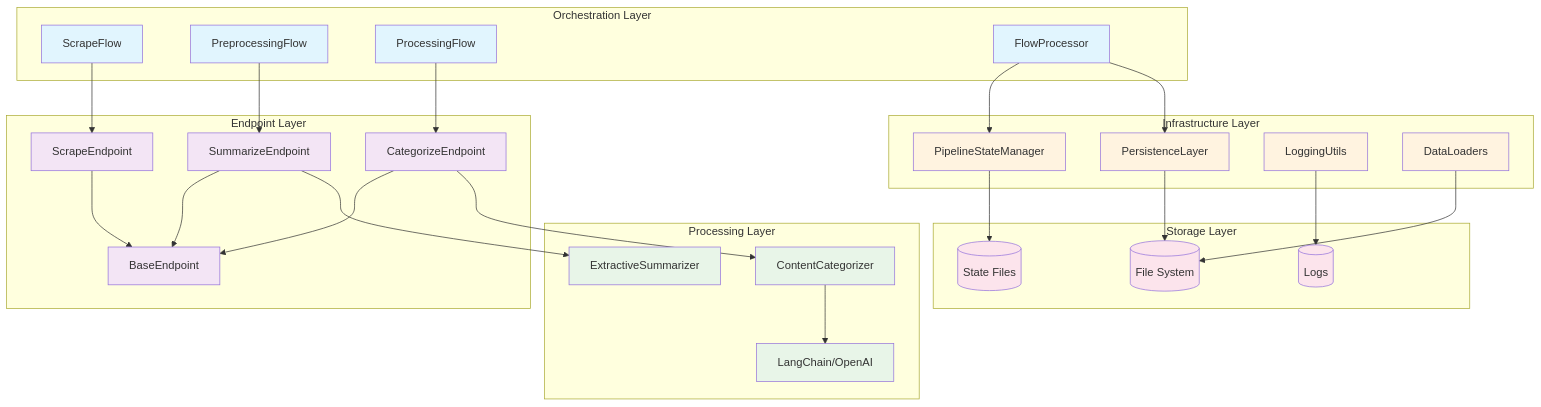
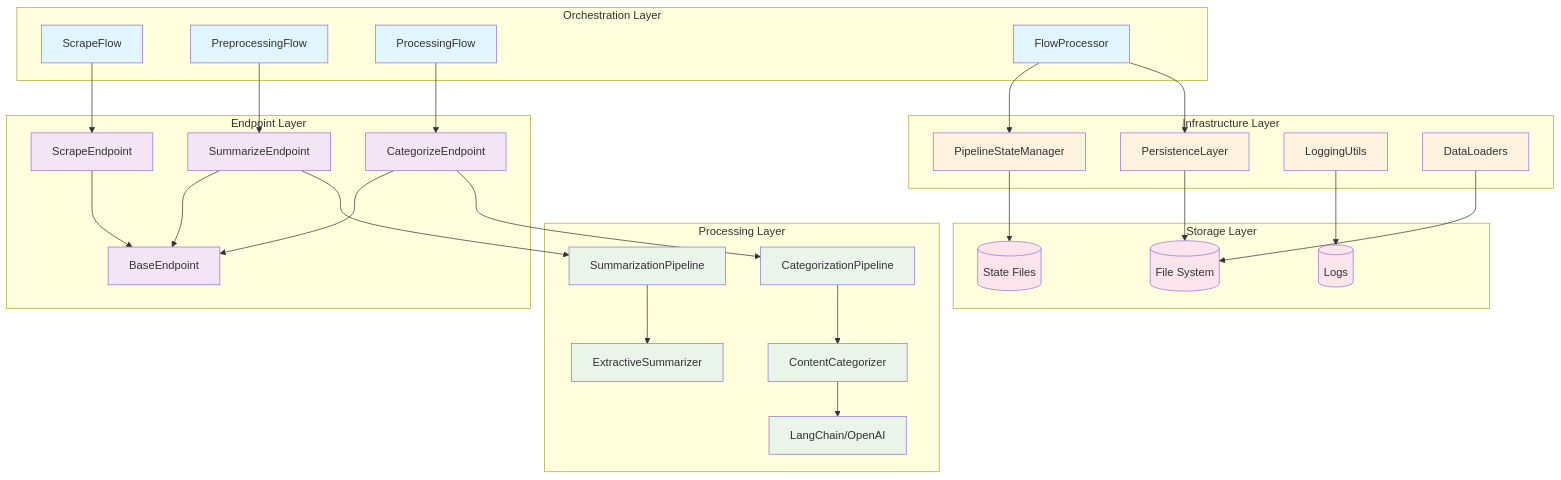
The first of 8 diagrams in documentation/architecture.md (dmitriyratu/DiscourseKG), drawn with Mermaid before and after one commit. The commit also changed other lines of this file, not shown here.

First line of the commit message:
refactor: enhance architecture documentation and flow processing

````diff
--- a/documentation/architecture.md
+++ b/documentation/architecture.md
@@ -49,66 +54,70 @@
 ```mermaid
 graph TB
     subgraph "Orchestration Layer"
         SF[ScrapeFlow]
         PF[PreprocessingFlow] 
         CF[ProcessingFlow]
         FP[FlowProcessor]
     end
     
     subgraph "Endpoint Layer"
         SE[ScrapeEndpoint]
         SME[SummarizeEndpoint]
         CE[CategorizeEndpoint]
         BE[BaseEndpoint]
     end
     
     subgraph "Processing Layer"
         ES[ExtractiveSummarizer]
         CC[ContentCategorizer]
+        SP[SummarizationPipeline]
+        CP[CategorizationPipeline]
         LLM[LangChain/OpenAI]
     end
     
     subgraph "Infrastructure Layer"
         PS[PipelineStateManager]
         PD[PersistenceLayer]
         LU[LoggingUtils]
         DL[DataLoaders]
     end
     
     subgraph "Storage Layer"
         FS[("File System")]
         LS[("Logs")]
         SS[("State Files")]
     end
     
     SF --> SE
     PF --> SME
     CF --> CE
     FP --> PS
     FP --> PD
     
     SE --> BE
     SME --> BE
     CE --> BE
     
-    SME --> ES
-    CE --> CC
+    SME --> SP
+    SP --> ES
+    CE --> CP
+    CP --> CC
     CC --> LLM
     
     PS --> SS
     PD --> FS
     LU --> LS
     DL --> FS
     
     classDef orchestration fill:#e1f5fe
     classDef endpoint fill:#f3e5f5
     classDef processing fill:#e8f5e8
     classDef infrastructure fill:#fff3e0
     classDef storage fill:#fce4ec
     
     class SF,PF,CF,FP orchestration
     class SE,SME,CE,BE endpoint
-    class ES,CC,LLM processing
+    class ES,CC,SP,CP,LLM processing
     class PS,PD,LU,DL infrastructure
     class FS,LS,SS storage
 ```
````
